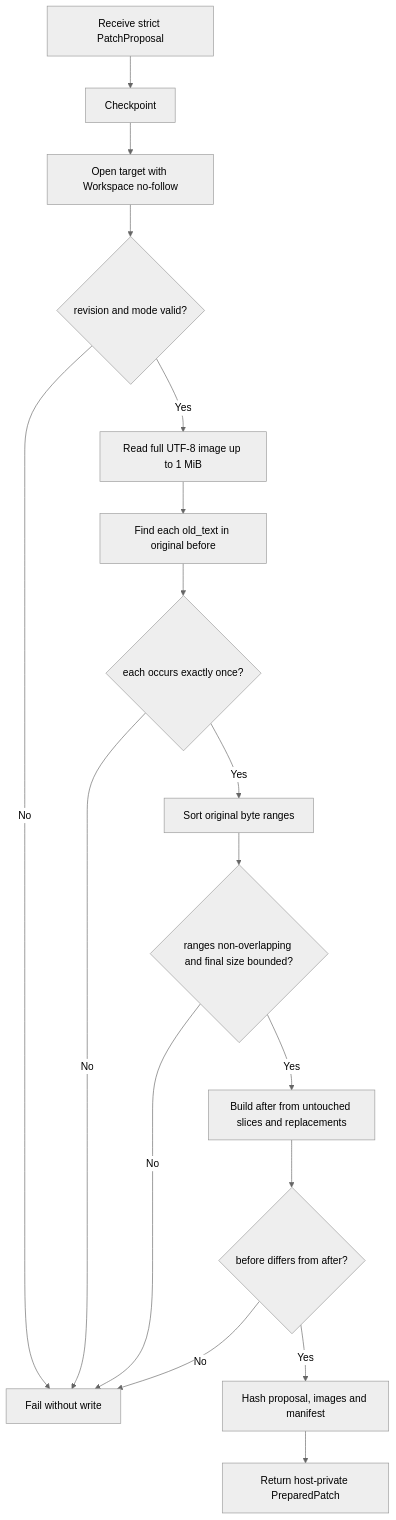
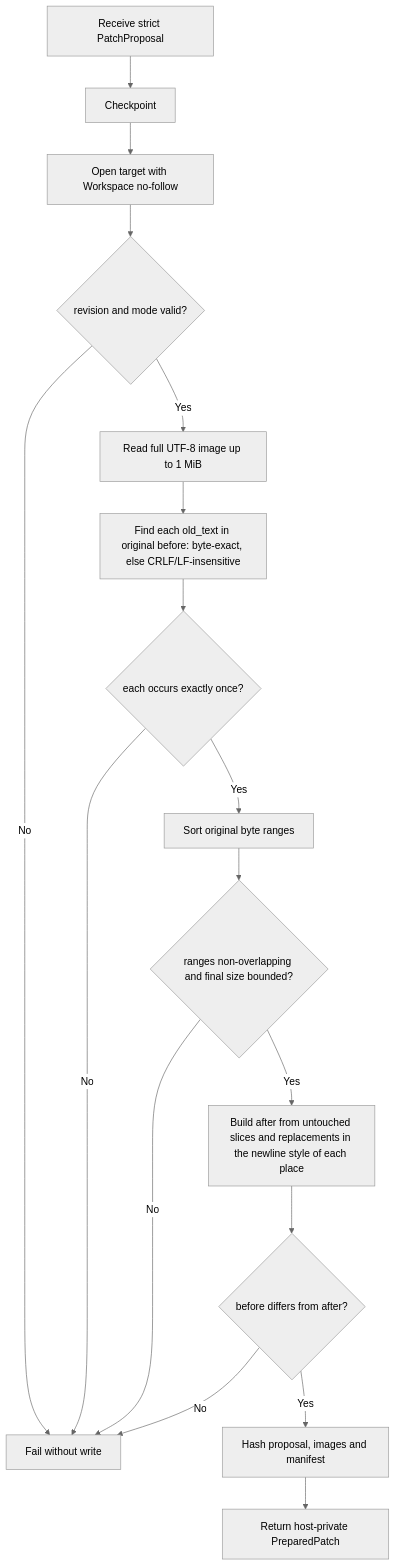
The third of 11 diagrams in docs/modules/patches.md (carrie1988/Harnessix), drawn with Mermaid (neutral theme) before and after one commit. The commit also changed other lines of this file and 4 other files, not shown here.

````diff
--- a/docs/modules/patches.md
+++ b/docs/modules/patches.md
@@ -333,19 +345,19 @@
 ```mermaid
 flowchart TD
     A[Receive strict PatchProposal] --> B[Checkpoint]
     B --> C[Open target with Workspace no-follow]
     C --> D{revision and mode valid?}
     D -- No --> X[Fail without write]
     D -- Yes --> E[Read full UTF-8 image up to 1 MiB]
-    E --> F[Find each old_text in original before]
+    E --> F[Find each old_text in original before: byte-exact, else CRLF/LF-insensitive]
     F --> G{each occurs exactly once?}
     G -- No --> X
     G -- Yes --> H[Sort original byte ranges]
     H --> I{ranges non-overlapping and final size bounded?}
     I -- No --> X
-    I -- Yes --> J[Build after from untouched slices and replacements]
+    I -- Yes --> J[Build after from untouched slices and replacements in the newline style of each place]
     J --> K{before differs from after?}
     K -- No --> X
     K -- Yes --> L[Hash proposal, images and manifest]
     L --> M[Return host-private PreparedPatch]
 ```
````
